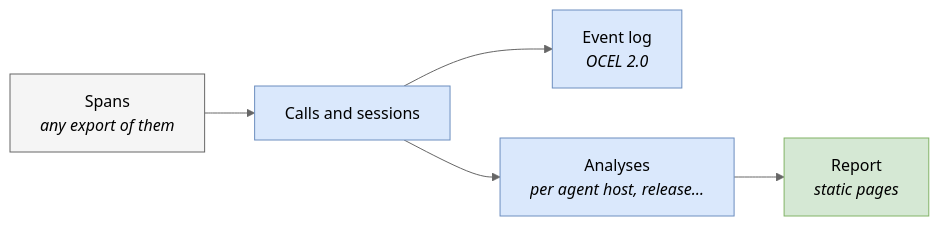
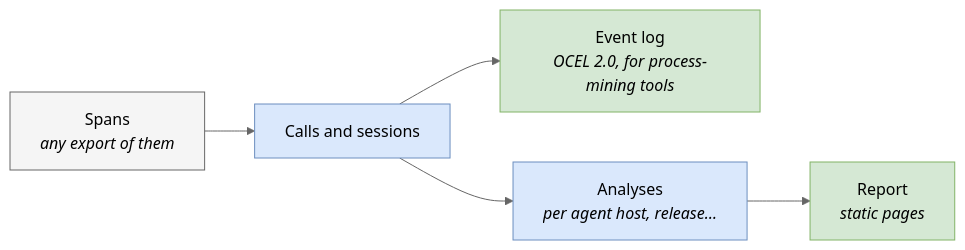
The first of 2 diagrams in src/content/posts/pharo-agent-analytics.md (Evref-BL/evref-bl.github.io), drawn with Mermaid (neutral theme) before and after one commit.

Commit message:
Show the event log as an output of the analytics, as the report is
The report does not read the log: both are made from the calls, the log for
process-mining tools.

````diff
--- a/src/content/posts/pharo-agent-analytics.md
+++ b/src/content/posts/pharo-agent-analytics.md
@@ -20,14 +20,14 @@
 ```mermaid
 flowchart LR
   accTitle: From the tools' spans to a report
   spans["Spans<br/><i>any export of them</i>"] --> calls["Calls and sessions"]
-  calls --> log["Event log<br/><i>OCEL 2.0</i>"]
+  calls --> log["Event log<br/><i>OCEL 2.0, for process-mining tools</i>"]
   calls --> analyses["Analyses<br/><i>per agent host, release…</i>"]
   analyses --> report["Report<br/><i>static pages</i>"]
   classDef grey fill:#f5f5f5,stroke:#666666,color:#000
   classDef blue fill:#dae8fc,stroke:#6c8ebf,color:#000
   classDef green fill:#d5e8d4,stroke:#82b366,color:#000
   class spans grey
-  class calls,log,analyses blue
-  class report green
+  class calls,analyses blue
+  class log,report green
 ```
````
